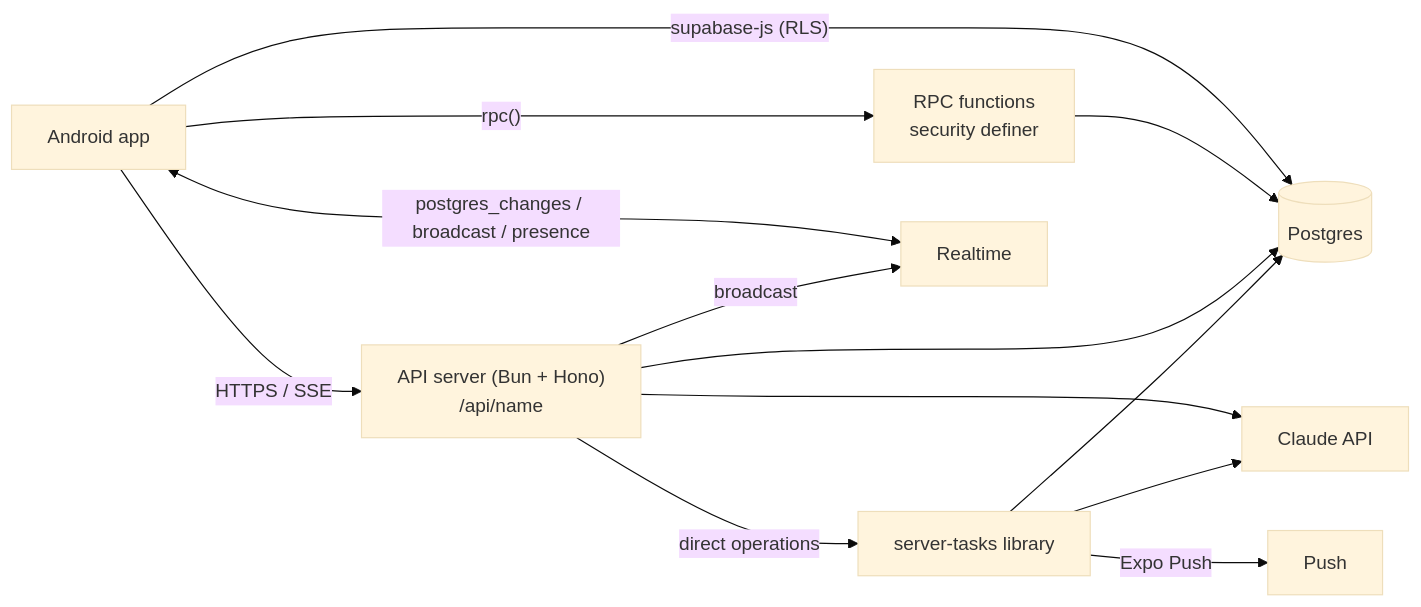
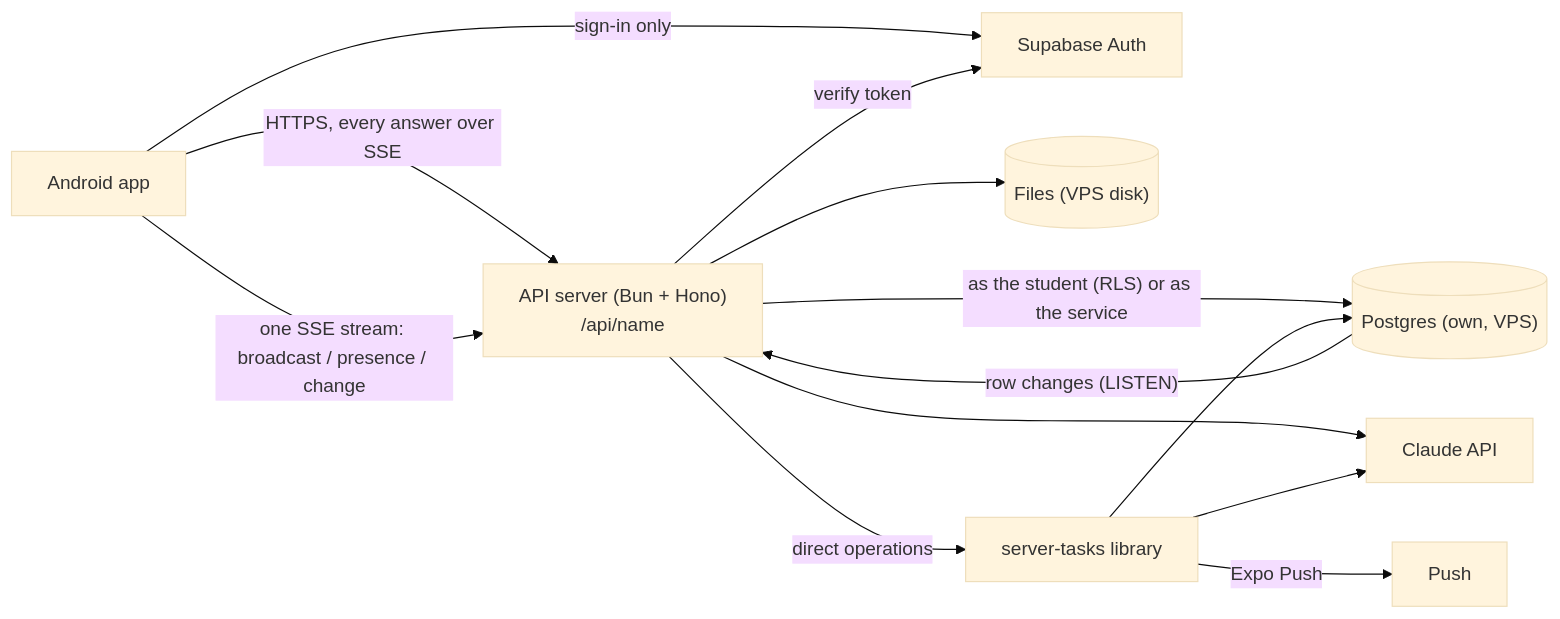
One commit to mariajunqueiramirandas-cpu/Studify changed the first of 2 diagrams in docs/engineering/api.md. Above: the diagram before and after it, drawn with Mermaid (base theme). The commit also changed other lines of this file and 72 other files, not shown here.

First line of the commit message:
Port every app database call to SSE data endpoints; document ADR 0012

````diff
--- a/docs/engineering/api.md
+++ b/docs/engineering/api.md
@@ -20,15 +20,15 @@
 ```mermaid
 flowchart LR
-  App["Android app"] -- "supabase-js (RLS)" --> PG[("Postgres")]
-  App -- "rpc()" --> RPC["RPC functions<br/>security definer"]
-  RPC --> PG
-  App -- "HTTPS / SSE" --> Edge["API server (Bun + Hono)<br/>/api/name"]
-  Edge --> PG
-  Edge --> Claude["Claude API"]
-  Edge -- "direct operations" --> Tasks["server-tasks library"]
+  App["Android app"] -- "HTTPS, every answer over SSE" --> API["API server (Bun + Hono)<br/>/api/name"]
+  App -- "one SSE stream: broadcast / presence / change" --> API
+  App -- "sign-in only" --> Auth["Supabase Auth"]
+  API -- "as the student (RLS) or as the service" --> PG[("Postgres (own, VPS)")]
+  API --> Files[("Files (VPS disk)")]
+  API --> Claude["Claude API"]
+  API -- "direct operations" --> Tasks["server-tasks library"]
   Tasks --> Claude
   Tasks --> PG
   Tasks -- "Expo Push" --> Phone["Push"]
-  App <-- "postgres_changes / broadcast / presence" --> RT["Realtime"]
-  Edge -- "broadcast" --> RT
+  PG -- "row changes (LISTEN)" --> API
+  API -- "verify token" --> Auth
 ```
````
